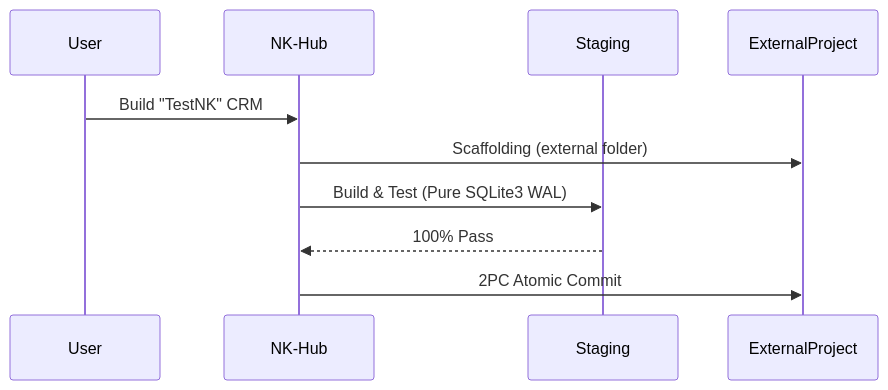
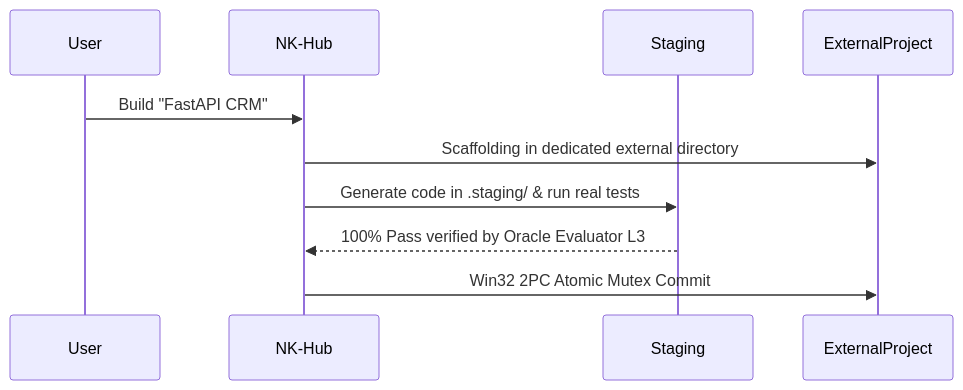
One commit to erbaldo86/NK-Hub changed the second of 2 diagrams in README.md. Above: the diagram before and after it, drawn with Mermaid. The commit also changed other lines of this file and 7 other files, not shown here.

Commit message:
docs: release v2.5.2-Hardened 10/10 GitHub documentation parity, dead code cleansing & WAL auto-prune

````diff
--- a/README.md
+++ b/README.md
@@ -224,12 +253,12 @@
 ```mermaid
 sequenceDiagram
     participant User
     participant NK-Hub
     participant Staging
     participant ExternalProject
-    User->>NK-Hub: Build "TestNK" CRM
-    NK-Hub->>ExternalProject: Scaffolding (external folder)
-    NK-Hub->>Staging: Build & Test (Pure SQLite3 WAL)
-    Staging-->>NK-Hub: 100% Pass
-    NK-Hub->>ExternalProject: 2PC Atomic Commit
+    User->>NK-Hub: Build "FastAPI CRM"
+    NK-Hub->>ExternalProject: Scaffolding in dedicated external directory
+    NK-Hub->>Staging: Generate code in .staging/ & run real tests
+    Staging-->>NK-Hub: 100% Pass verified by Oracle Evaluator L3
+    NK-Hub->>ExternalProject: Win32 2PC Atomic Mutex Commit
 ```
````
